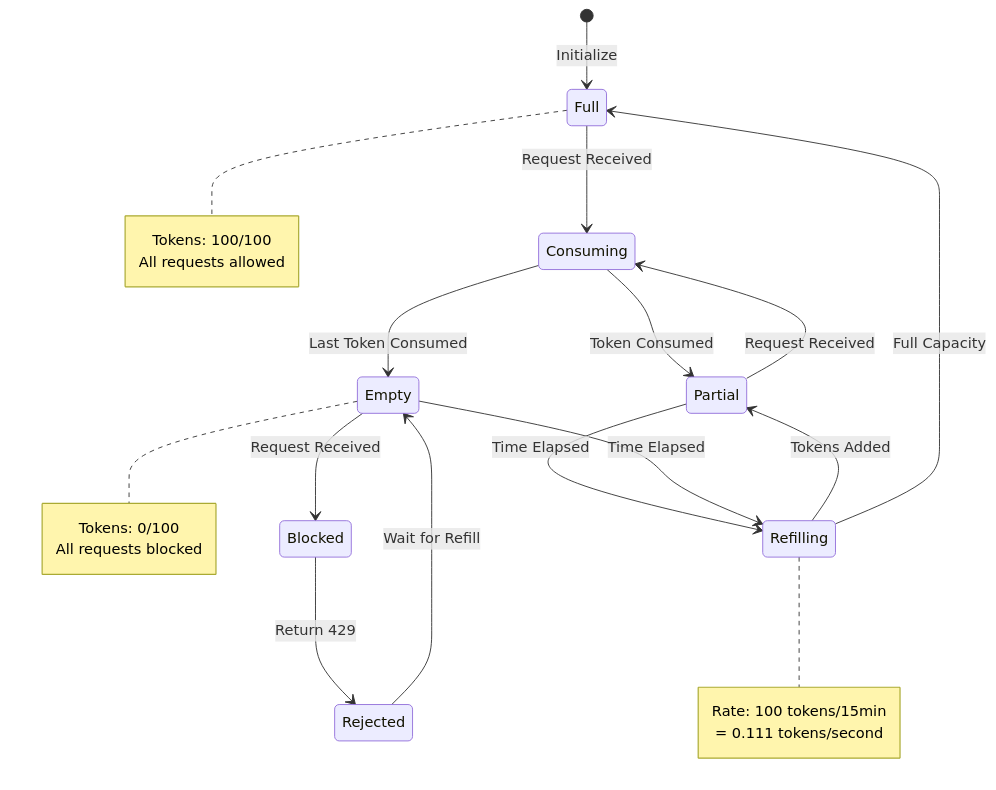
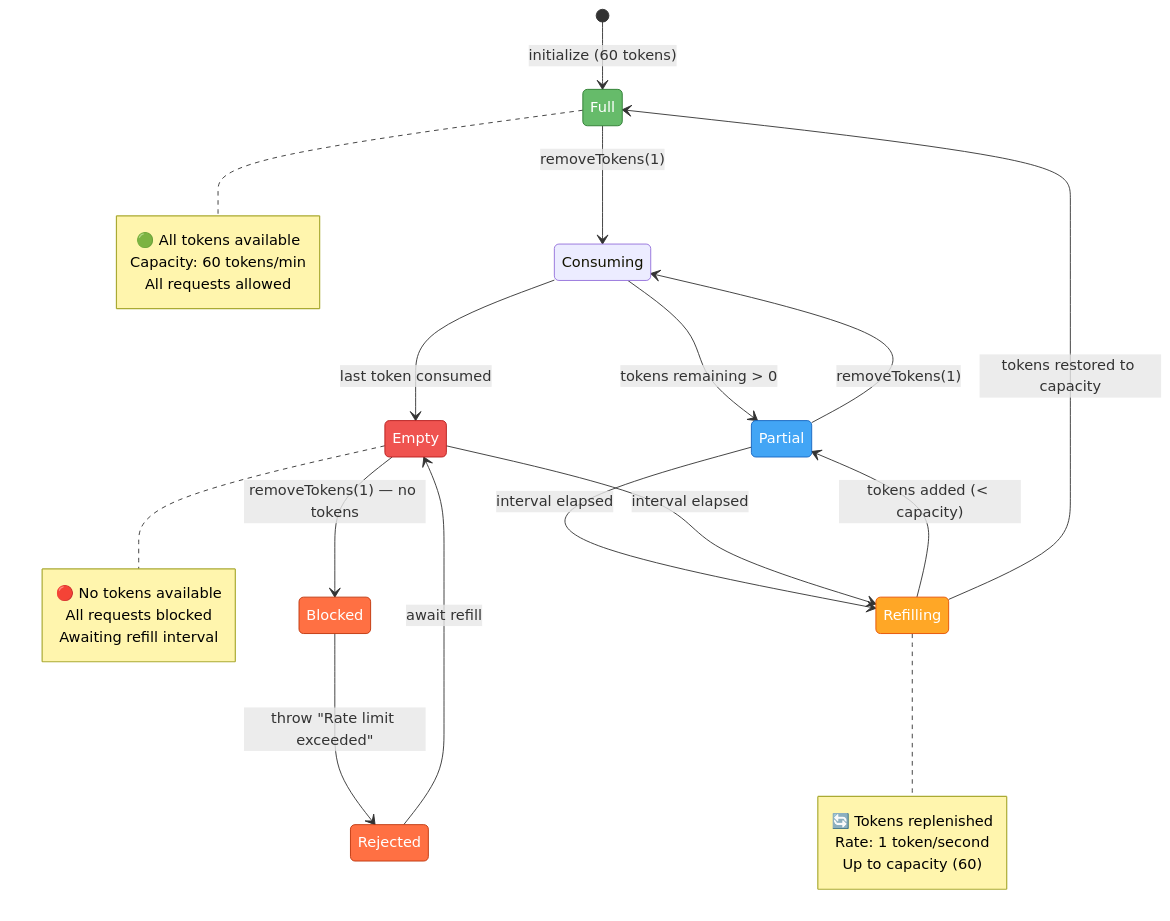
One commit to Hack23/European-Parliament-MCP-Server changed the sixth of 8 diagrams in STATEDIAGRAM.md. Above: the diagram before and after it, drawn with Mermaid. The commit also changed other lines of this file and 2 other files, not shown here.

Commit message:
Update STATEDIAGRAM.md, SWOT.md, WORKFLOWS.md with accurate system descriptions following CIA reference pattern

````diff
--- a/STATEDIAGRAM.md
+++ b/STATEDIAGRAM.md
@@ -192,33 +516,51 @@
 ```mermaid
 stateDiagram-v2
-    [*] --> Full: Initialize
-    Full --> Consuming: Request Received
-    Consuming --> Partial: Token Consumed
-    Consuming --> Empty: Last Token Consumed
-    
-    Partial --> Consuming: Request Received
-    Partial --> Refilling: Time Elapsed
-    Empty --> Blocked: Request Received
-    Empty --> Refilling: Time Elapsed
-    
-    Refilling --> Partial: Tokens Added
-    Refilling --> Full: Full Capacity
-    
-    Blocked --> Rejected: Return 429
-    Rejected --> Empty: Wait for Refill
-    
+    [*] --> Full: initialize (60 tokens)
+
+    Full --> Consuming: removeTokens(1)
+    Consuming --> Partial: tokens remaining > 0
+    Consuming --> Empty: last token consumed
+
+    Partial --> Consuming: removeTokens(1)
+    Partial --> Refilling: interval elapsed
+
+    Empty --> Blocked: removeTokens(1) — no tokens
+    Empty --> Refilling: interval elapsed
+
+    Refilling --> Partial: tokens added (< capacity)
+    Refilling --> Full: tokens restored to capacity
+
+    Blocked --> Rejected: throw "Rate limit exceeded"
+    Rejected --> Empty: await refill
+
     note right of Full
-        Tokens: 100/100
+        🟢 All tokens available
+        Capacity: 60 tokens/min
         All requests allowed
     end note
-    
+
     note right of Empty
-        Tokens: 0/100
+        🔴 No tokens available
         All requests blocked
+        Awaiting refill interval
     end note
-    
+
     note right of Refilling
-        Rate: 100 tokens/15min
-        = 0.111 tokens/second
+        🔄 Tokens replenished
+        Rate: 1 token/second
+        Up to capacity (60)
     end note
+
+    classDef full fill:#66BB6A,stroke:#2E7D32,color:#fff
+    classDef partial fill:#42A5F5,stroke:#1565C0,color:#fff
+    classDef empty fill:#EF5350,stroke:#B71C1C,color:#fff
+    classDef refill fill:#FFA726,stroke:#E65100,color:#fff
+    classDef blocked fill:#FF7043,stroke:#BF360C,color:#fff
+
+    class Full full
+    class Partial partial
+    class Empty empty
+    class Refilling refill
+    class Blocked blocked
+    class Rejected blocked
 ```
````
